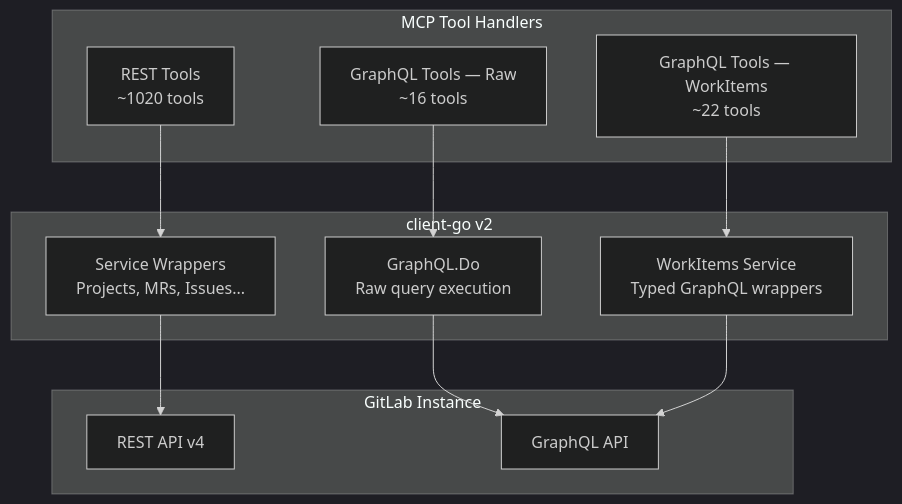
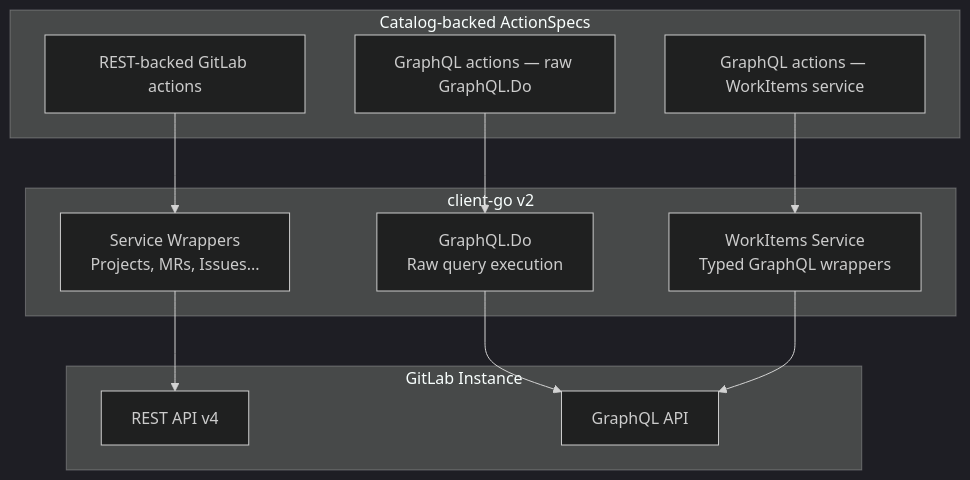
The diagram in docs/graphql.md (jmrplens/gitlab-mcp-server), drawn with Mermaid (dark theme) before and after one commit. The commit also changed 1137 other files, not shown here.

First line of the commit message:
Consolidate catalog-first tool runtime (#108)

````diff
--- a/docs/graphql.md
+++ b/docs/graphql.md
@@ -44,26 +44,26 @@
 ```mermaid
 graph TD
-    subgraph "MCP Tool Handlers"
-        A[REST Tools<br/>~1020 tools]
-        B[GraphQL Tools — Raw<br/>~16 tools]
-        G[GraphQL Tools — WorkItems<br/>~22 tools]
+    subgraph "Catalog-backed ActionSpecs"
+        A[REST-backed GitLab actions]
+        B[GraphQL actions — raw GraphQL.Do]
+        G[GraphQL actions — WorkItems service]
     end
 
     subgraph "client-go v2"
         C[Service Wrappers<br/>Projects, MRs, Issues...]
         D[GraphQL.Do<br/>Raw query execution]
         H[WorkItems Service<br/>Typed GraphQL wrappers]
     end
 
     subgraph "GitLab Instance"
         E[REST API v4]
         F[GraphQL API]
     end
 
     A --> C
     B --> D
     G --> H
     C --> E
     D --> F
     H --> F
 ```
````
